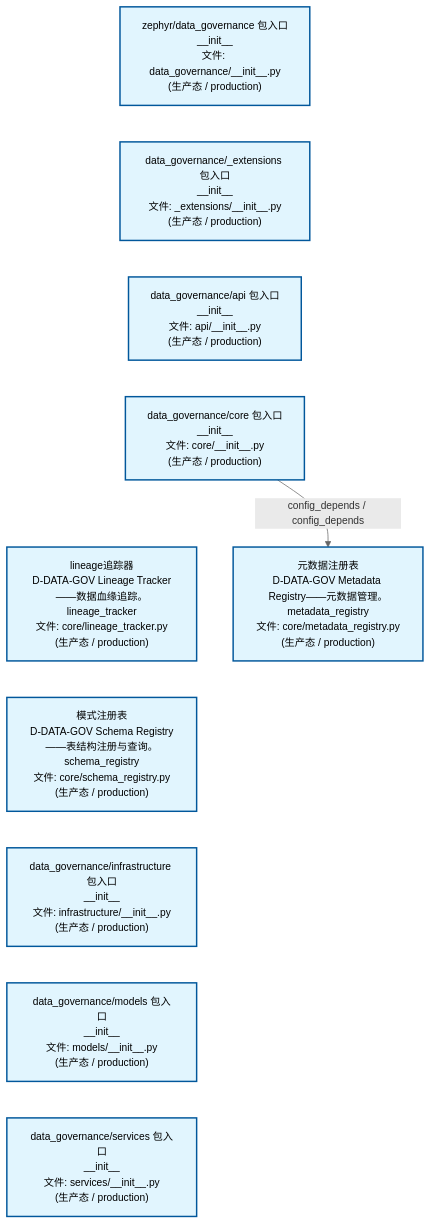
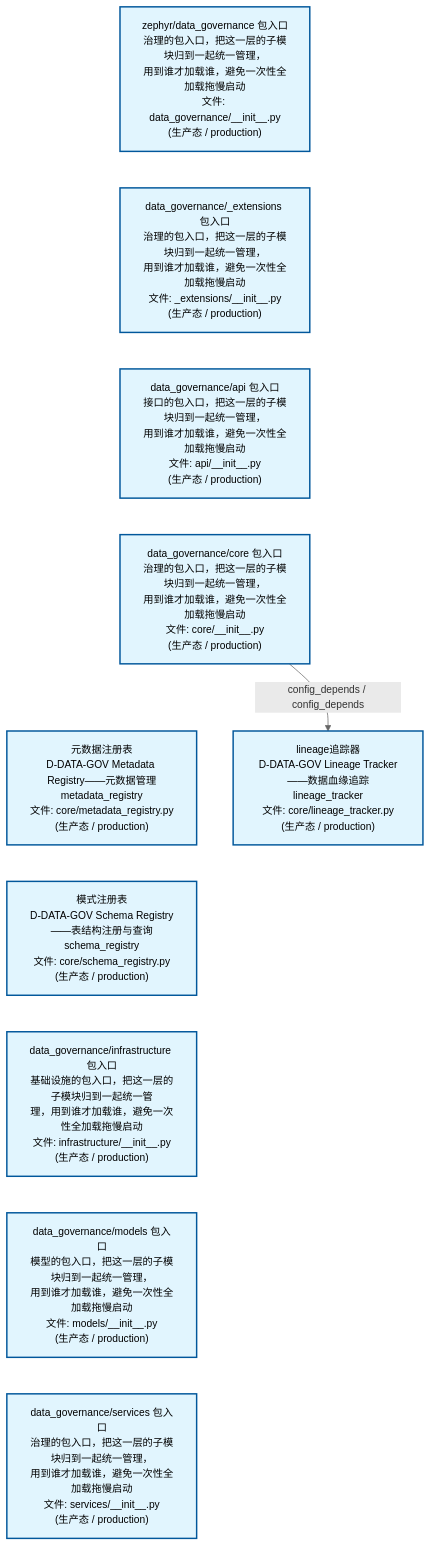
One commit to xuanFelixVan/ZephyrAlpha changed the first of 2 diagrams in docs/02_enterprise_architecture/02_domain_architecture_docs/13_d_data_gov.md. Above: the diagram before and after it, drawn with Mermaid. The commit also changed other lines of this file and 63 other files, not shown here.

````diff
--- a/docs/02_enterprise_architecture/02_domain_architecture_docs/13_d_data_gov.md
+++ b/docs/02_enterprise_architecture/02_domain_architecture_docs/13_d_data_gov.md
@@ -53,28 +53,28 @@
 ```mermaid
 %%{init: {'theme': 'base', 'themeVariables': {'primaryColor': '#eaeaea', 'primaryTextColor': '#333333', 'primaryBorderColor': '#666666', 'lineColor': '#666666', 'secondaryColor': '#eaeaea', 'tertiaryColor': '#eaeaea', 'fontSize': '14px'}}}%%
 flowchart TD
-    src_zephyr_data_governance_init_py["zephyr/data_governance 包入口<br/>__init__<br/>文件: data_governance/__init__.py<br/>(生产态 / production)"]
-    src_zephyr_data_governance_extensions_init_py["data_governance/_extensions 包入口<br/>__init__<br/>文件: _extensions/__init__.py<br/>(生产态 / production)"]
-    src_zephyr_data_governance_api_init_py["data_governance/api 包入口<br/>__init__<br/>文件: api/__init__.py<br/>(生产态 / production)"]
-    src_zephyr_data_governance_core_init_py["data_governance/core 包入口<br/>__init__<br/>文件: core/__init__.py<br/>(生产态 / production)"]
-    src_zephyr_data_governance_core_lineage_tracker_py["lineage追踪器<br/>D-DATA-GOV Lineage Tracker——数据血缘追踪。<br/>lineage_tracker<br/>文件: core/lineage_tracker.py<br/>(生产态 / production)"]
-    src_zephyr_data_governance_core_schema_registry_py["模式注册表<br/>D-DATA-GOV Schema Registry——表结构注册与查询。<br/>schema_registry<br/>文件: core/schema_registry.py<br/>(生产态 / production)"]
-    src_zephyr_data_governance_infrastructure_init_py["data_governance/infrastructure 包入口<br/>__init__<br/>文件: infrastructure/__init__.py<br/>(生产态 / production)"]
-    src_zephyr_data_governance_models_init_py["data_governance/models 包入口<br/>__init__<br/>文件: models/__init__.py<br/>(生产态 / production)"]
-    src_zephyr_data_governance_services_init_py["data_governance/services 包入口<br/>__init__<br/>文件: services/__init__.py<br/>(生产态 / production)"]
+    src_zephyr_data_governance_init_py["zephyr/data_governance 包入口<br/>治理的包入口，把这一层的子模块归到一起统一管理，<br/>用到谁才加载谁，避免一次性全加载拖慢启动<br/>文件: data_governance/__init__.py<br/>(生产态 / production)"]
+    src_zephyr_data_governance_extensions_init_py["data_governance/_extensions 包入口<br/>治理的包入口，把这一层的子模块归到一起统一管理，<br/>用到谁才加载谁，避免一次性全加载拖慢启动<br/>文件: _extensions/__init__.py<br/>(生产态 / production)"]
+    src_zephyr_data_governance_api_init_py["data_governance/api 包入口<br/>接口的包入口，把这一层的子模块归到一起统一管理，<br/>用到谁才加载谁，避免一次性全加载拖慢启动<br/>文件: api/__init__.py<br/>(生产态 / production)"]
+    src_zephyr_data_governance_core_init_py["data_governance/core 包入口<br/>治理的包入口，把这一层的子模块归到一起统一管理，<br/>用到谁才加载谁，避免一次性全加载拖慢启动<br/>文件: core/__init__.py<br/>(生产态 / production)"]
+    src_zephyr_data_governance_core_metadata_registry_py["元数据注册表<br/>D-DATA-GOV Metadata Registry——元数据管理<br/>metadata_registry<br/>文件: core/metadata_registry.py<br/>(生产态 / production)"]
+    src_zephyr_data_governance_core_schema_registry_py["模式注册表<br/>D-DATA-GOV Schema Registry——表结构注册与查询<br/>schema_registry<br/>文件: core/schema_registry.py<br/>(生产态 / production)"]
+    src_zephyr_data_governance_infrastructure_init_py["data_governance/infrastructure 包入口<br/>基础设施的包入口，把这一层的子模块归到一起统一管<br/>理，用到谁才加载谁，避免一次性全加载拖慢启动<br/>文件: infrastructure/__init__.py<br/>(生产态 / production)"]
+    src_zephyr_data_governance_models_init_py["data_governance/models 包入口<br/>模型的包入口，把这一层的子模块归到一起统一管理，<br/>用到谁才加载谁，避免一次性全加载拖慢启动<br/>文件: models/__init__.py<br/>(生产态 / production)"]
+    src_zephyr_data_governance_services_init_py["data_governance/services 包入口<br/>治理的包入口，把这一层的子模块归到一起统一管理，<br/>用到谁才加载谁，避免一次性全加载拖慢启动<br/>文件: services/__init__.py<br/>(生产态 / production)"]
     src_zephyr_data_governance_init_py ~~~ src_zephyr_data_governance_extensions_init_py
     src_zephyr_data_governance_extensions_init_py ~~~ src_zephyr_data_governance_api_init_py
     src_zephyr_data_governance_api_init_py ~~~ src_zephyr_data_governance_core_init_py
-    src_zephyr_data_governance_core_init_py ~~~ src_zephyr_data_governance_core_lineage_tracker_py
-    src_zephyr_data_governance_core_lineage_tracker_py ~~~ src_zephyr_data_governance_core_schema_registry_py
+    src_zephyr_data_governance_core_init_py ~~~ src_zephyr_data_governance_core_metadata_registry_py
+    src_zephyr_data_governance_core_metadata_registry_py ~~~ src_zephyr_data_governance_core_schema_registry_py
     src_zephyr_data_governance_core_schema_registry_py ~~~ src_zephyr_data_governance_infrastructure_init_py
     src_zephyr_data_governance_infrastructure_init_py ~~~ src_zephyr_data_governance_models_init_py
     src_zephyr_data_governance_models_init_py ~~~ src_zephyr_data_governance_services_init_py
-    src_zephyr_data_governance_core_metadata_registry_py["元数据注册表<br/>D-DATA-GOV Metadata Registry——元数据管理。<br/>metadata_registry<br/>文件: core/metadata_registry.py<br/>(生产态 / production)"]
-    src_zephyr_data_governance_core_init_py -->|config_depends / config_depends| src_zephyr_data_governance_core_metadata_registry_py
+    src_zephyr_data_governance_core_lineage_tracker_py["lineage追踪器<br/>D-DATA-GOV Lineage Tracker——数据血缘追踪<br/>lineage_tracker<br/>文件: core/lineage_tracker.py<br/>(生产态 / production)"]
+    src_zephyr_data_governance_core_init_py -->|config_depends / config_depends| src_zephyr_data_governance_core_lineage_tracker_py
     classDef production fill:#e1f5fe,stroke:#01579b,stroke-width:2px,color:#000
     classDef design fill:#fff3e0,stroke:#e65100,stroke-width:2px,color:#000,stroke-dasharray: 5 5
     classDef external_prod fill:#e8f4fd,stroke:#0277bd,stroke-width:1px,color:#000
     classDef external_design fill:#fff8e7,stroke:#ef6c00,stroke-width:1px,color:#000,stroke-dasharray: 5 5
     class src_zephyr_data_governance_init_py,src_zephyr_data_governance_extensions_init_py,src_zephyr_data_governance_api_init_py,src_zephyr_data_governance_core_init_py,src_zephyr_data_governance_core_lineage_tracker_py,src_zephyr_data_governance_core_metadata_registry_py,src_zephyr_data_governance_core_schema_registry_py,src_zephyr_data_governance_infrastructure_init_py,src_zephyr_data_governance_models_init_py,src_zephyr_data_governance_services_init_py production
 ```
````
